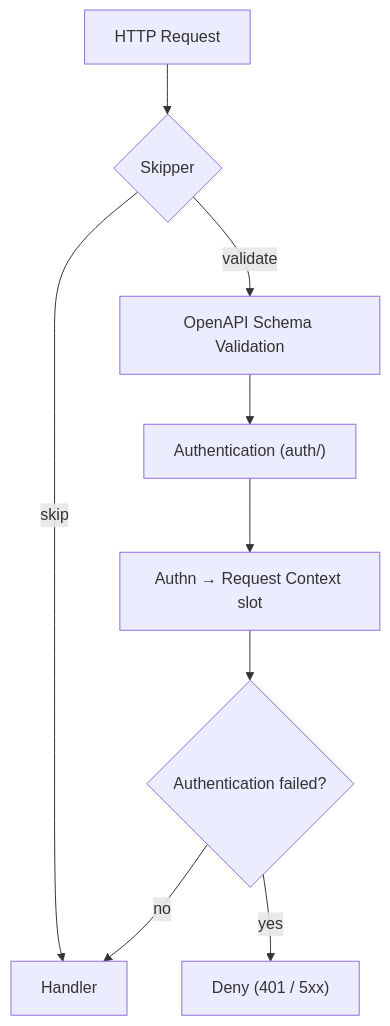
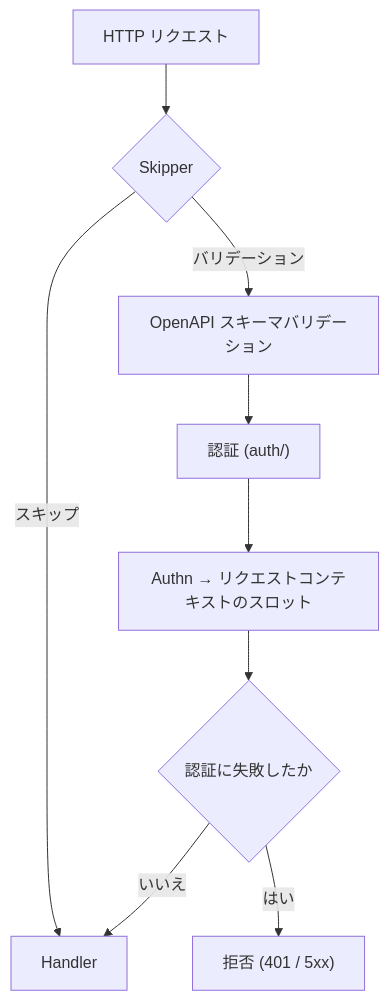
The diagram in internal/controller/httpstack/oapi/README.md (Tomy-ch/go-boilerplate), drawn with Mermaid before and after one commit. The commit also changed other lines of this file and 970 other files, not shown here.

````diff
--- a/internal/controller/httpstack/oapi/README.md
+++ b/internal/controller/httpstack/oapi/README.md
@@ -9,19 +9,18 @@
 ```mermaid
 flowchart TB
-    Request["HTTP Request"]
+    Request["HTTP リクエスト"]
     Skipper{"Skipper"}
-    Validate["OpenAPI Schema Validation"]
-    Auth["Authentication (auth/)"]
-    Authn["Authn → Request Context slot"]
+    Validate["OpenAPI スキーマバリデーション"]
+    Auth["認証 (auth/)"]
+    Authn["Authn → リクエストコンテキストのスロット"]
     Handler["Handler"]
-
-    FailClosed{"Authentication failed?"}
+    FailClosed{"認証に失敗したか"}
 
     Request --> Skipper
-    Skipper -- skip --> Handler
-    Skipper -- validate --> Validate
+    Skipper -- スキップ --> Handler
+    Skipper -- バリデーション --> Validate
     Validate --> Auth
     Auth --> Authn --> FailClosed
-    FailClosed -- yes --> Deny["Deny (401 / 5xx)"]
-    FailClosed -- no --> Handler
+    FailClosed -- はい --> Deny["拒否 (401 / 5xx)"]
+    FailClosed -- いいえ --> Handler
 ```
````
